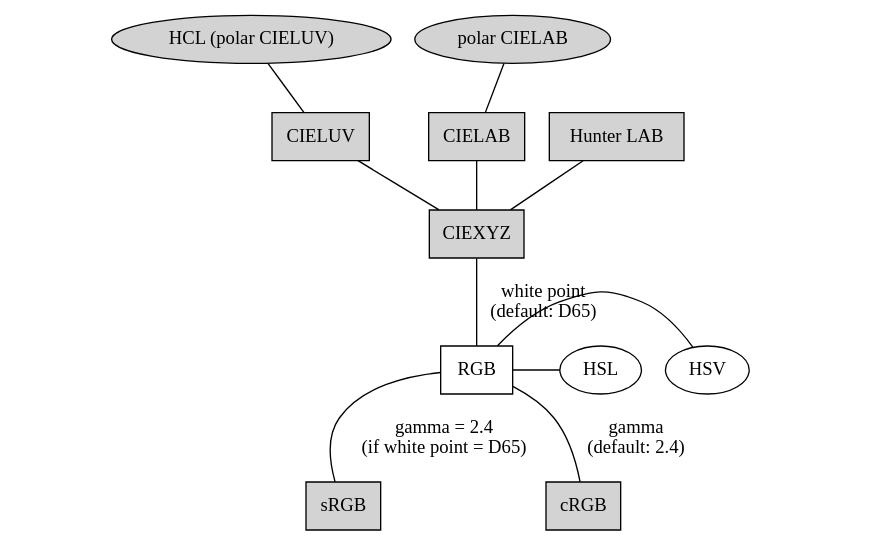
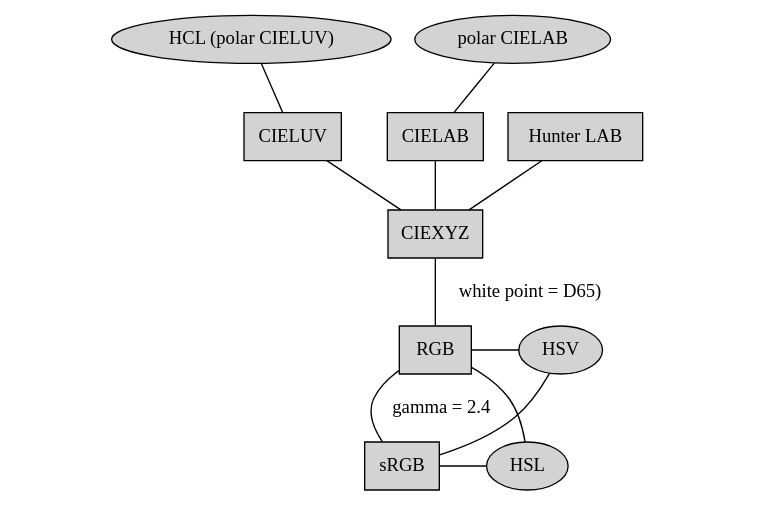
The diagram in pkg/paper/Colorspace/colorspace.dot (rforge/colorspace), drawn with Graphviz before and after one commit. The commit also changed 11 other files, not shown here.

```diff
--- a/pkg/paper/Colorspace/colorspace.dot
+++ b/pkg/paper/Colorspace/colorspace.dot
@@ -1,55 +1,56 @@
 graph colorspace {
 
 { rank = min
     L1 [label="" color=white]
     polarLUV [label = "HCL (polar CIELUV)" shape=ellipse style=filled]
     polarLAB [label = "polar CIELAB" shape=ellipse style=filled]
     R1 [label="" color=white]
 }
 
 { rank = same
     L2 [label="" color=white]
     LUV [label = "CIELUV" shape=box style=filled]
     LAB [label = "CIELAB" shape=box style=filled]
     HunterLAB [label = "Hunter LAB" shape=box style=filled]
     R2 [label="" color=white]
 }
 
 { rank = same
     L3 [label="" color=white]
     XYZ [label = "CIEXYZ" shape=box style=filled]
     R3 [label="" color=white]
 }
 
 { rank = same
     L4 [label="" color=white]
-    RGB [label = "RGB" shape=box]
-    HSV [label = "HSV" shape=ellipse]
-    HSL [label = "HSL" shape=ellipse]
+    RGB [label = "RGB" shape=box style=filled]
+    HSV [label = "HSV" shape=ellipse style=filled]
     R4 [label="" color=white]
 }
 
 { rank = max
     L5 [label="" color=white]
     sRGB [label = "sRGB" shape=box style=filled]
-    cRGB [label = "cRGB" shape=box style=filled]
+    HSL [label = "HSL" shape=ellipse style=filled]
     R5 [label="" color=white]
 }
 
 LUV -- polarLUV
 LAB -- polarLAB
 XYZ -- LUV
 XYZ -- LAB
 XYZ -- HunterLAB
 
-XYZ -- RGB [label="white point\n(default: D65)"]
+XYZ -- RGB [label=" white point = D65)"]
 
 RGB -- HSV
 RGB -- HSL
 
-cRGB -- RGB [label="gamma\n(default: 2.4)"]
-sRGB -- RGB [label="gamma = 2.4\n(if white point = D65)"]
+sRGB -- RGB [label=" gamma = 2.4"]
+
+sRGB -- HSV
+sRGB -- HSL
 
 L1 -- L2 -- L3 -- L4 -- L5 [color=white]
 R1 -- R2 -- R3 -- R4 -- R5 [color=white]
 }
```
